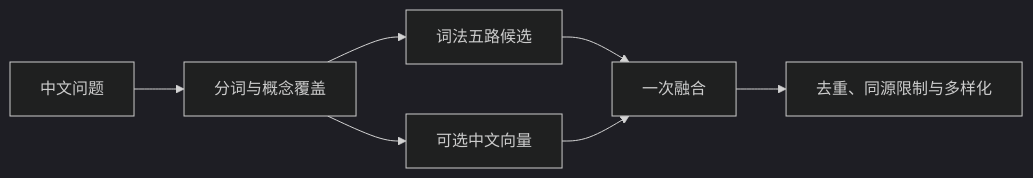
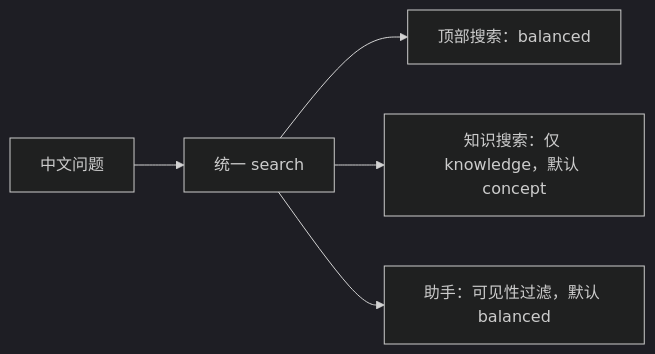
Before and after one commit to lejunyang/omem: the diagram in .repo-review/knowledge/articles/c7ef9ab86227b21952d1f3567bf0ff43a7d5e858dd8fb114a0775b4a78d08de5.md, drawn with Mermaid (dark theme). The commit also changed other lines of this file and 5 other files, not shown here.

````diff
--- a/.repo-review/knowledge/articles/c7ef9ab86227b21952d1f3567bf0ff43a7d5e858dd8fb114a0775b4a78d08de5.md
+++ b/.repo-review/knowledge/articles/c7ef9ab86227b21952d1f3567bf0ff43a7d5e858dd8fb114a0775b4a78d08de5.md
@@ -32,9 +21,7 @@
 ```mermaid
 flowchart LR
-  Q[中文问题] --> T[分词与概念覆盖]
-  T --> L[词法五路候选]
-  T --> V[可选中文向量]
-  L --> F[一次融合]
-  V --> F
-  F --> R[去重、同源限制与多样化]
+  Q[中文问题] --> R[统一 search]
+  R --> G[顶部搜索：balanced]
+  R --> K[知识搜索：仅 knowledge，默认 concept]
+  R --> A[助手：可见性过滤，默认 balanced]
 ```
````
